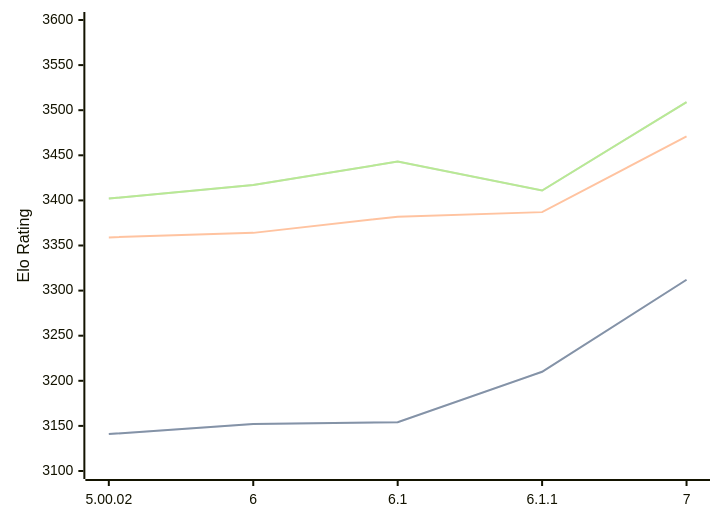
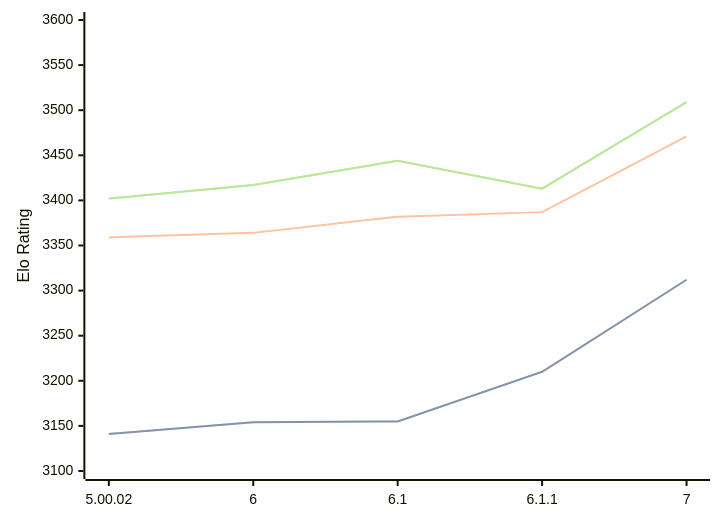
One commit to computer-chess-index/cci changed the diagram in engines/Zangdar.md. Above: the diagram before and after it, drawn with Mermaid. The commit also changed other lines of this file, not shown here.

Commit message:
Update CCI Ratings (ELO VLTC) - 2026-10-08

````diff
--- a/engines/Zangdar.md
+++ b/engines/Zangdar.md
@@ -35,11 +35,11 @@
 ```mermaid
 %%{init: {"theme":"base","themeVariables":{"seriesColors:['#a3a3a3','#222221','#faa371']}}}%%
 xychart-beta
   x-axis ["5.00.02", "6", "6.1", "6.1.1", "7"]
   y-axis "Elo Rating" 3100 --> 3600
-  line "" [3141, 3152, 3154, 3210, 3312]
-  line "STC (8.0+0.08s)" [3141, 3152, 3154, 3210, 3312]
+  line "" [3141, 3154, 3155, 3210, 3312]
+  line "STC (8.0+0.08s)" [3141, 3154, 3155, 3210, 3312]
   line "LTC (60.0+0.60s)" [3359, 3364, 3382, 3387, 3471]
-  line "" [3402, 3417, 3443, 3411, 3509]
-  line "VLTC (2m24s+1.12s)" [3402, 3417, 3443, 3411, 3509]
+  line "" [3402, 3417, 3444, 3413, 3509]
+  line "VLTC (2m24s+1.12s)" [3402, 3417, 3444, 3413, 3509]
 ```
````
